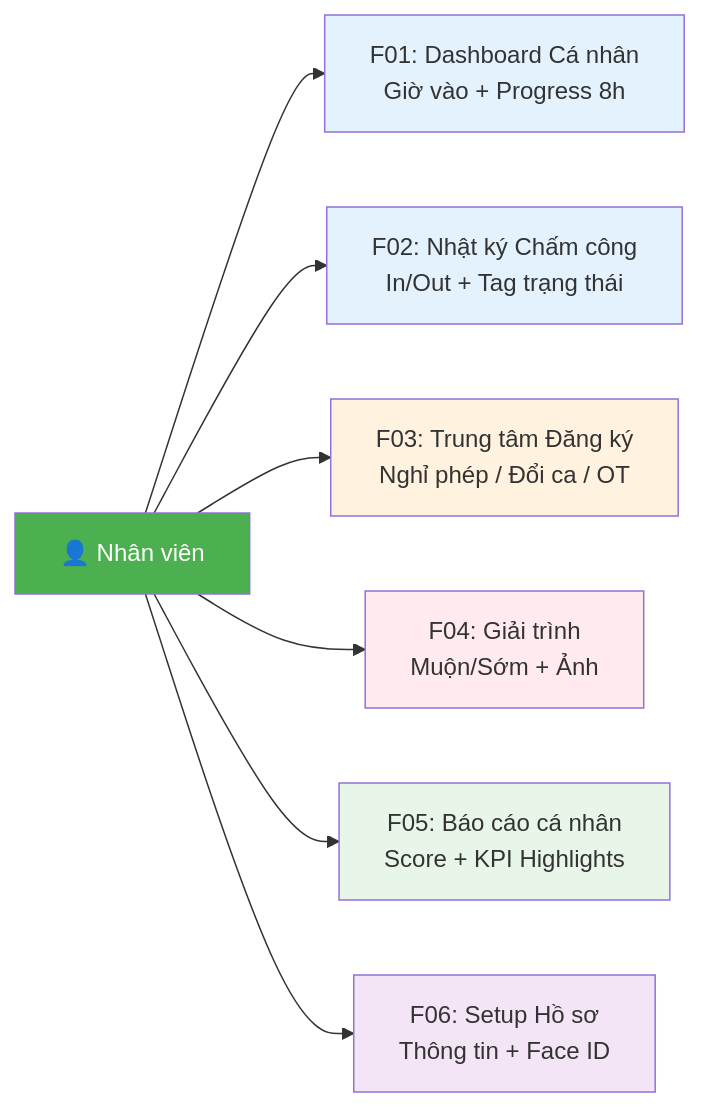
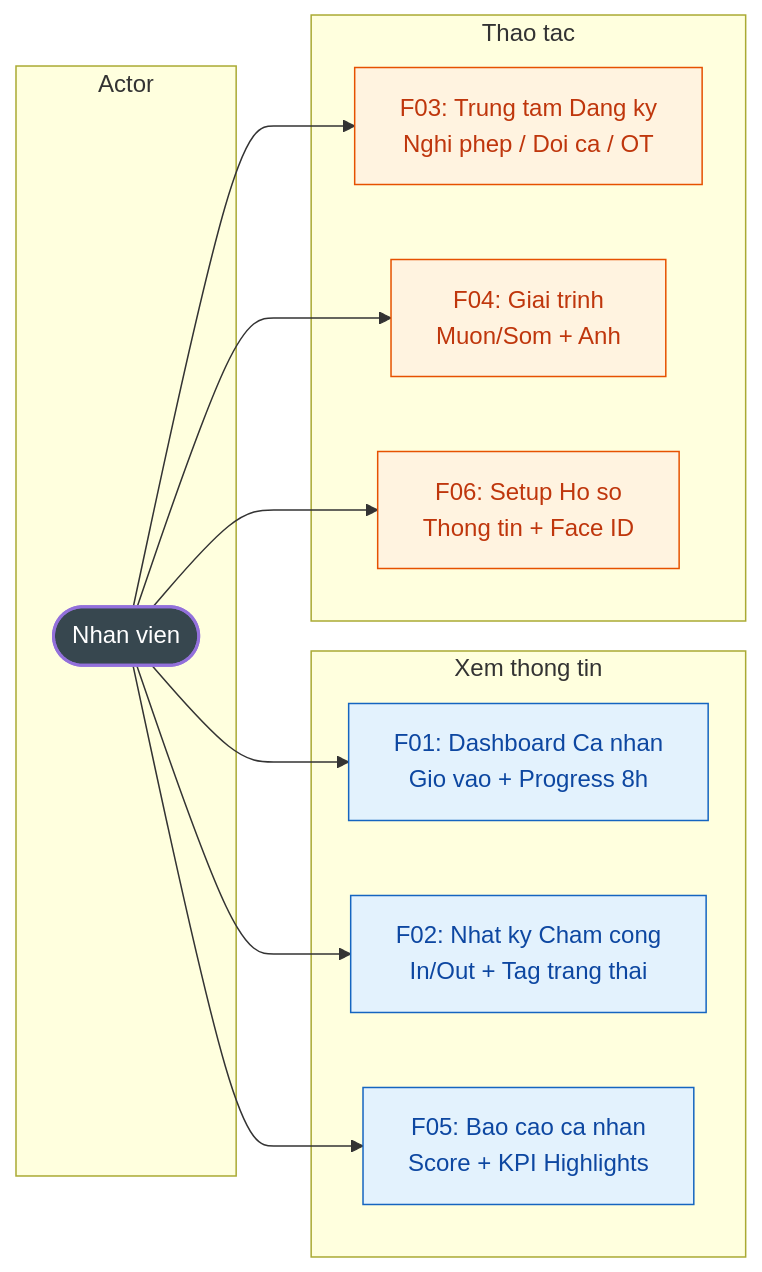
Before and after one commit to olbboy/ba-kit-antigravity: the second of 2 diagrams in outputs/mini-app-cham-cong/2.11-Mini-app/Tài-liệu-dự-án-Mini-App/BRD-Nhân-viên.md, drawn with Mermaid. The commit also changed other lines of this file and 11 other files, not shown here.

First line of the commit message:
fix: clean Confluence export artifacts and upgrade Mermaid diagrams

````diff
--- a/outputs/mini-app-cham-cong/2.11-Mini-app/Tài-liệu-dự-án-Mini-App/BRD-Nhân-viên.md
+++ b/outputs/mini-app-cham-cong/2.11-Mini-app/Tài-liệu-dự-án-Mini-App/BRD-Nhân-viên.md
@@ -63,21 +71,29 @@
 ```mermaid
 graph LR
-    NV["👤 Nhân viên"]
+    subgraph Actor
+        NV([Nhan vien])
+    end
 
-    F01["F01: Dashboard Cá nhân<br/>Giờ vào + Progress 8h"]
-    F02["F02: Nhật ký Chấm công<br/>In/Out + Tag trạng thái"]
-    F03["F03: Trung tâm Đăng ký<br/>Nghỉ phép / Đổi ca / OT"]
-    F04["F04: Giải trình<br/>Muộn/Sớm + Ảnh"]
-    F05["F05: Báo cáo cá nhân<br/>Score + KPI Highlights"]
-    F06["F06: Setup Hồ sơ<br/>Thông tin + Face ID"]
+    subgraph View["Xem thong tin"]
+        F01[F01: Dashboard Ca nhan<br/>Gio vao + Progress 8h]
+        F02[F02: Nhat ky Cham cong<br/>In/Out + Tag trang thai]
+        F05[F05: Bao cao ca nhan<br/>Score + KPI Highlights]
+    end
 
-    NV --> F01 & F02 & F03 & F04 & F05 & F06
+    subgraph Action["Thao tac"]
+        F03[F03: Trung tam Dang ky<br/>Nghi phep / Doi ca / OT]
+        F04[F04: Giai trinh<br/>Muon/Som + Anh]
+        F06[F06: Setup Ho so<br/>Thong tin + Face ID]
+    end
 
-    style NV fill:#4CAF50,color:#fff
-    style F01 fill:#E3F2FD
-    style F02 fill:#E3F2FD
-    style F03 fill:#FFF3E0
-    style F04 fill:#FFEBEE
-    style F05 fill:#E8F5E9
-    style F06 fill:#F3E5F5
+    NV --> F01 & F02 & F05
+    NV --> F03 & F04 & F06
+
+    classDef actor fill:#37474F,color:#fff,stroke-width:2px
+    classDef view fill:#E3F2FD,stroke:#1565C0,color:#0D47A1
+    classDef action fill:#FFF3E0,stroke:#E65100,color:#BF360C
+
+    class NV actor
+    class F01,F02,F05 view
+    class F03,F04,F06 action
 ```
````
